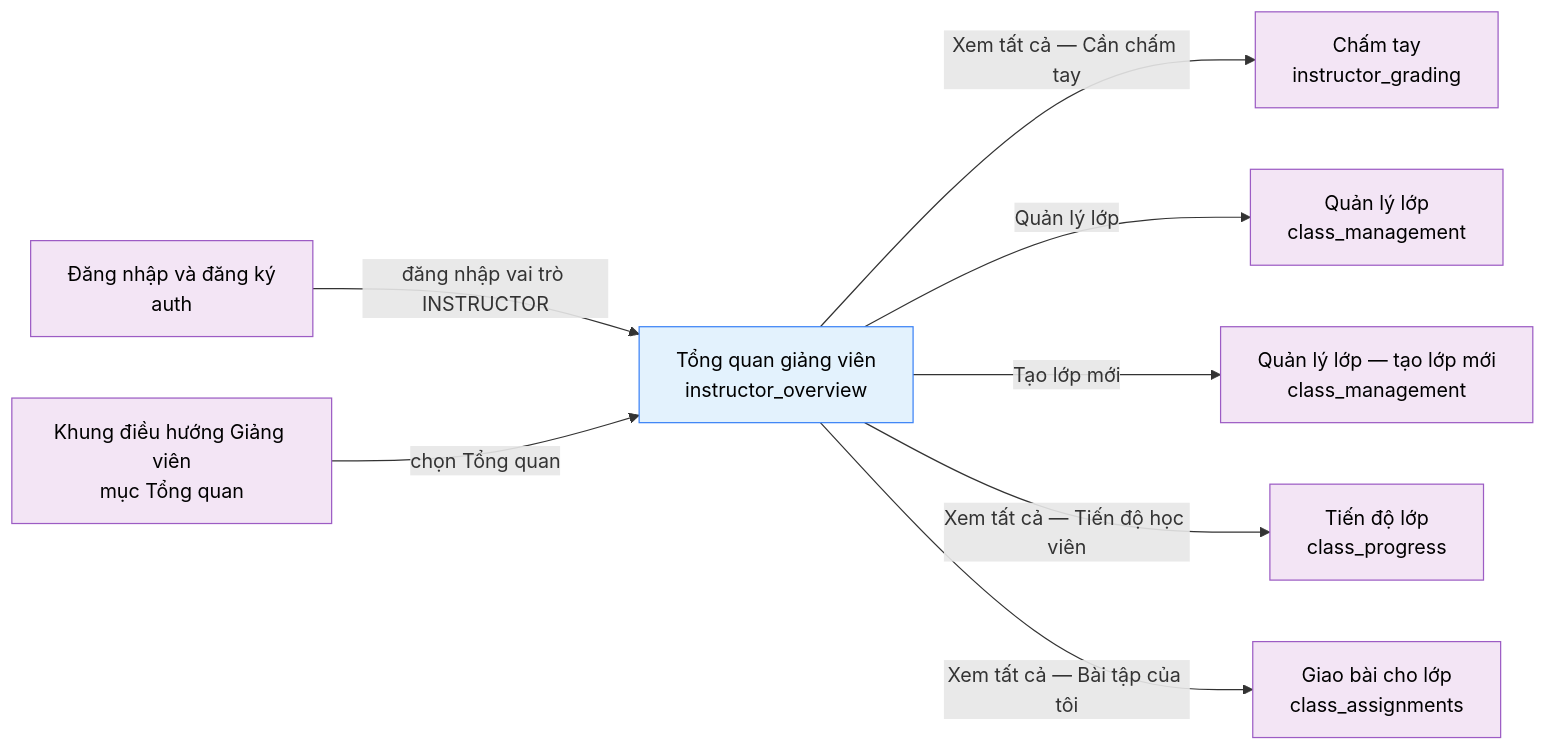
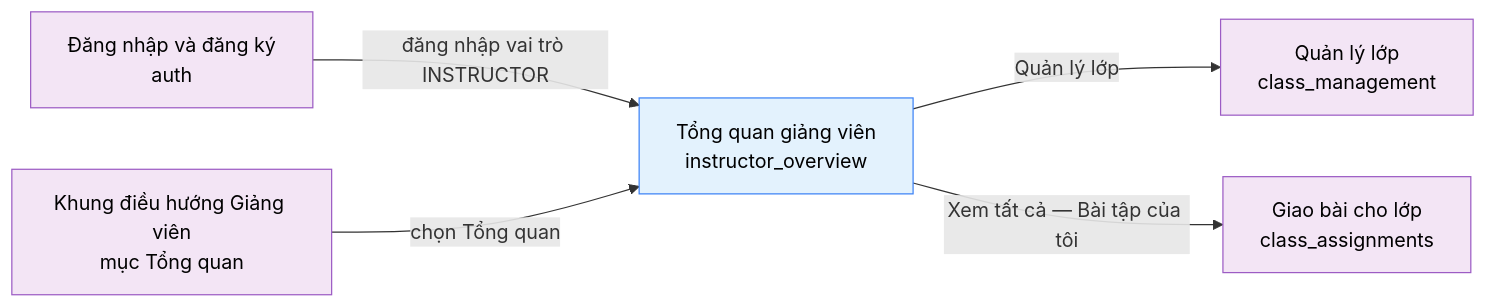
One commit to daiphu1801/PRJ_ALGOPREP changed the diagram in 02-bd/screens/teacher/INS0101_overview.md. Above: the diagram before and after it, drawn with Mermaid. The commit also changed other lines of this file and 458 other files, not shown here.

````diff
--- a/02-bd/screens/teacher/INS0101_overview.md
+++ b/02-bd/screens/teacher/INS0101_overview.md
@@ -181,17 +173,14 @@
 ```mermaid
 flowchart LR
     auth["Đăng nhập và đăng ký<br/>auth"] -->|"đăng nhập vai trò INSTRUCTOR"| main
     nav["Khung điều hướng Giảng viên<br/>mục Tổng quan"] -->|"chọn Tổng quan"| main
     main["Tổng quan giảng viên<br/>instructor_overview"]
-    main -->|"Xem tất cả — Cần chấm tay"| grading["Chấm tay<br/>instructor_grading"]
     main -->|"Quản lý lớp"| classes["Quản lý lớp<br/>class_management"]
-    main -->|"Tạo lớp mới"| classesNew["Quản lý lớp — tạo lớp mới<br/>class_management"]
-    main -->|"Xem tất cả — Tiến độ học viên"| progress["Tiến độ lớp<br/>class_progress"]
     main -->|"Xem tất cả — Bài tập của tôi"| assign["Giao bài cho lớp<br/>class_assignments"]
 
     classDef source fill:#F3E5F5,stroke:#9C5CC4,color:#000
     classDef screen fill:#E3F2FD,stroke:#3B82F6,color:#000
 
-    class auth,nav,grading,classes,classesNew,progress,assign source
+    class auth,nav,classes,assign source
     class main screen
 ```
````
